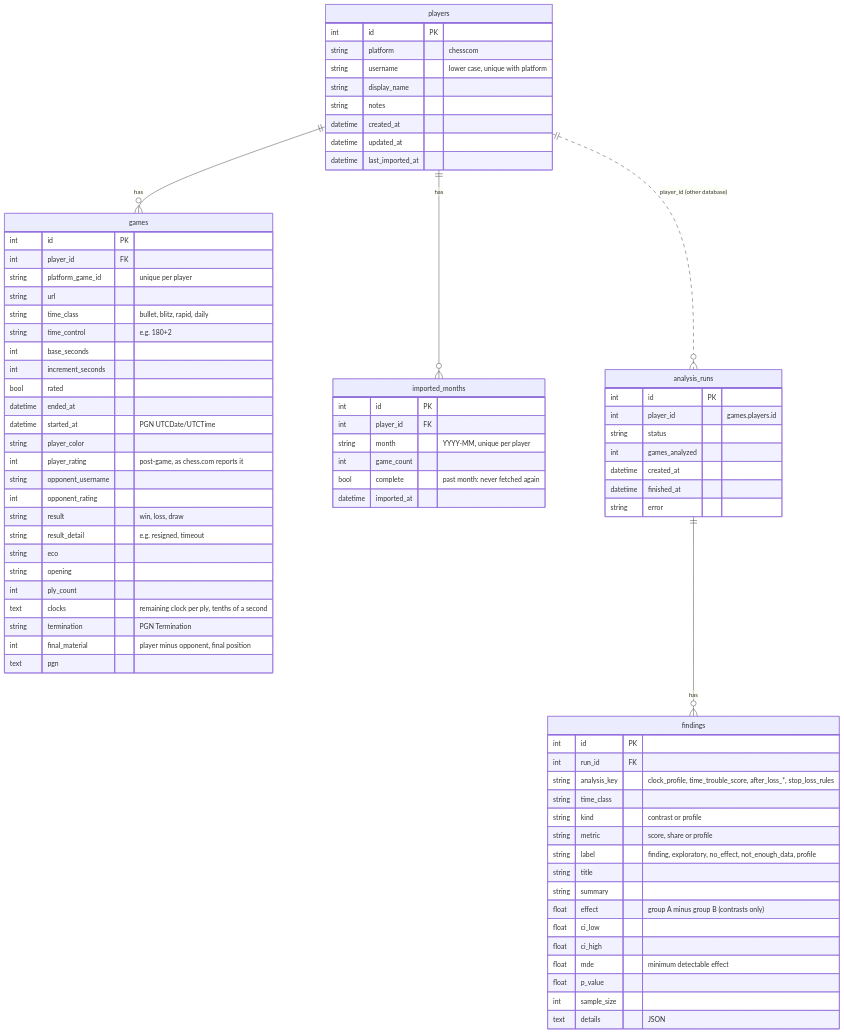
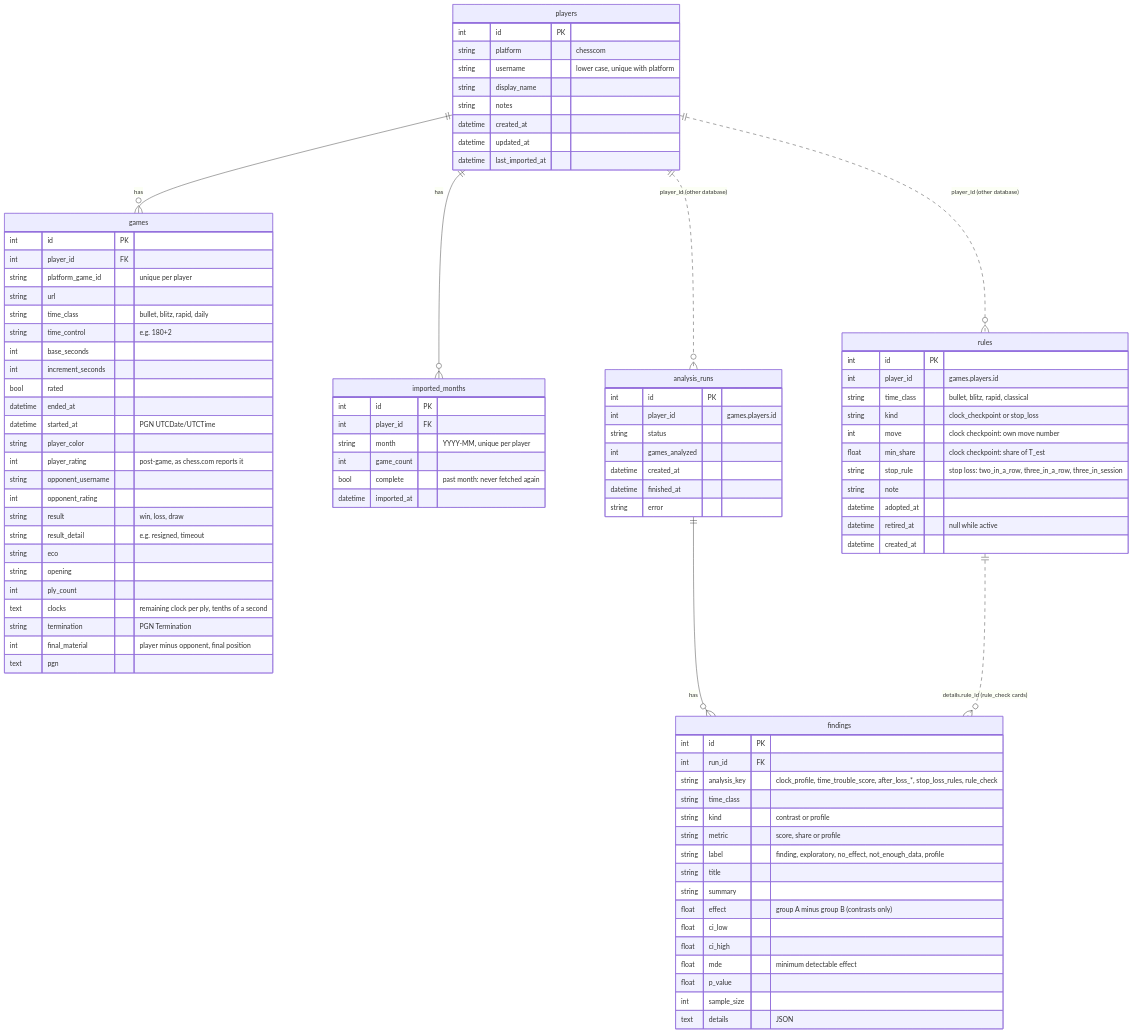
The diagram in docs/data-model.md (christophrrrrr/chess-habits), drawn with Mermaid before and after one commit. The commit also changed other lines of this file and 26 other files, not shown here.

````diff
--- a/docs/data-model.md
+++ b/docs/data-model.md
@@ -13,6 +13,8 @@
     players ||--o{ imported_months : "has"
     analysis_runs ||--o{ findings : "has"
     players ||..o{ analysis_runs : "player_id (other database)"
+    players ||..o{ rules : "player_id (other database)"
+    rules ||..o{ findings : "details.rule_id (rule_check cards)"
 
     players {
         int id PK
@@ -70,7 +72,7 @@
     findings {
         int id PK
         int run_id FK
-        string analysis_key "clock_profile, time_trouble_score, after_loss_*, stop_loss_rules"
+        string analysis_key "clock_profile, time_trouble_score, after_loss_*, stop_loss_rules, rule_check"
         string time_class
         string kind "contrast or profile"
         string metric "score, share or profile"
@@ -85,4 +87,17 @@
         int sample_size
         text details "JSON"
     }
+    rules {
+        int id PK
+        int player_id "games.players.id"
+        string time_class "bullet, blitz, rapid, classical"
+        string kind "clock_checkpoint or stop_loss"
+        int move "clock checkpoint: own move number"
+        float min_share "clock checkpoint: share of T_est"
+        string stop_rule "stop loss: two_in_a_row, three_in_a_row, three_in_session"
+        string note
+        datetime adopted_at
+        datetime retired_at "null while active"
+        datetime created_at
+    }
 ```
````
